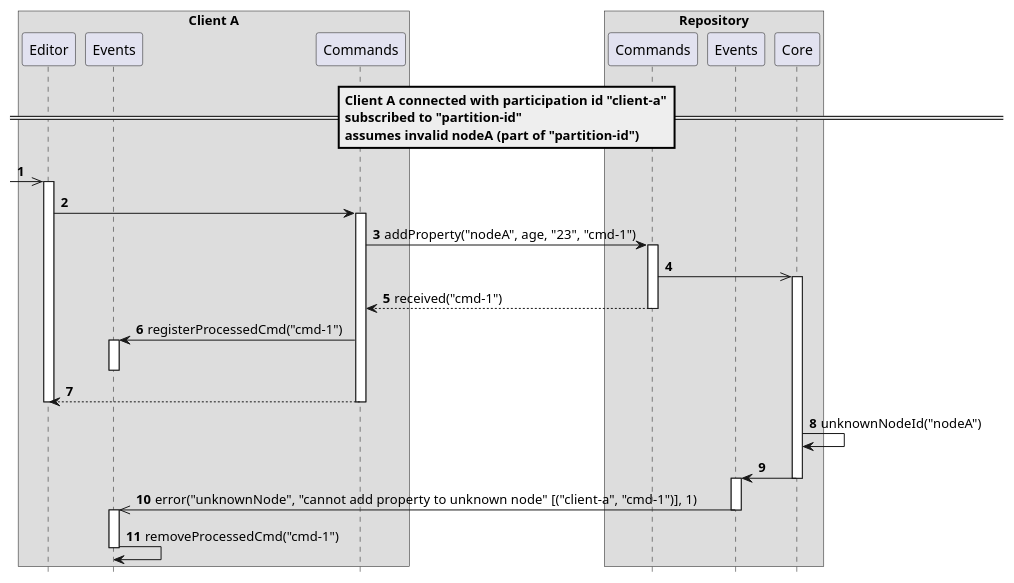
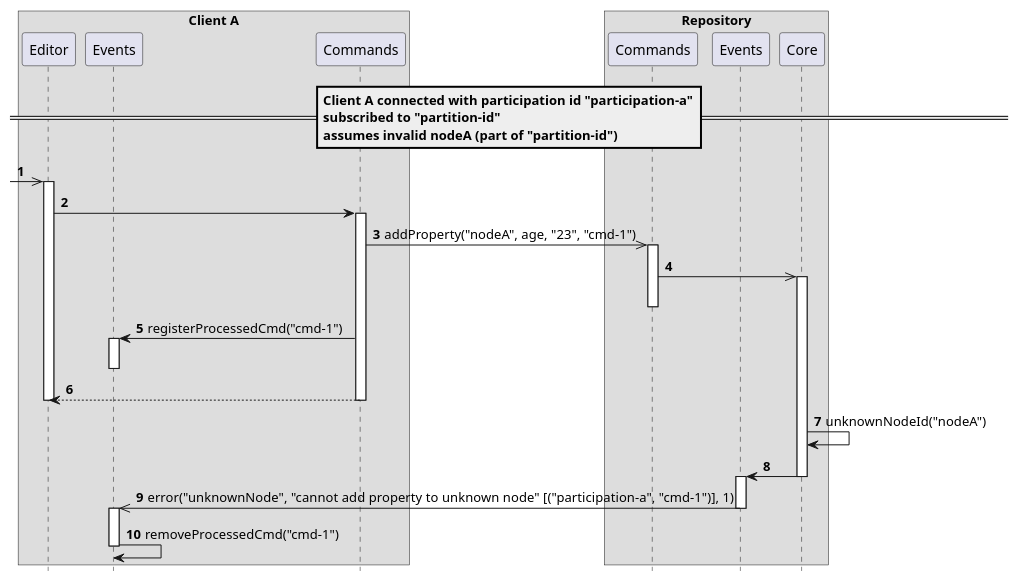
The diagram in delta/scenarios/changeUnknownNodeFailedEvent.adoc (LionWeb-io/specification), drawn with PlantUML before and after one commit. The commit also changed other lines of this file and 9 other files, not shown here.

```diff
--- a/delta/scenarios/changeUnknownNodeFailedEvent.adoc
+++ b/delta/scenarios/changeUnknownNodeFailedEvent.adoc
@@ -2,47 +2,46 @@
 [plantuml,changeUnknownNodeFailedEvent,svg]
 ----
 hide footbox
 autonumber
 
 box "Client A"
   participant Editor as editor
   participant Events as clientEvent
   participant Commands as clientCmd
 end box
 
 box "Repository"
   participant Commands as repoCmd
   participant Events as repoEvent
   participant Core as core
 end box
 
-== Client A connected with participation id "client-a"\nsubscribed to "partition-id"\nassumes invalid nodeA (part of "partition-id") ==
+== Client A connected with participation id "participation-a"\nsubscribed to "partition-id"\nassumes invalid nodeA (part of "partition-id") ==
 
 [->> editor ++
 editor -> clientCmd ++
-clientCmd -> repoCmd ++: addProperty("nodeA", age, "23", "cmd-1")
+clientCmd ->> repoCmd ++: addProperty("nodeA", age, "23", "cmd-1")
 repoCmd ->> core
 activate core
-clientCmd <-- repoCmd: received("cmd-1")
 deactivate repoCmd
 clientCmd -> clientEvent: registerProcessedCmd("cmd-1")
 activate clientEvent
 deactivate clientEvent
 deactivate repoCmd
 editor <-- clientCmd
 deactivate clientCmd
 deactivate editor
 
 core -> core: unknownNodeId("nodeA")
 
 core -> repoEvent
 deactivate core
 
 activate repoEvent
-clientEvent <<- repoEvent: error("unknownNode", "cannot add property to unknown node"  [("client-a", "cmd-1")], 1)
+clientEvent <<- repoEvent: error("unknownNode", "cannot add property to unknown node"  [("participation-a", "cmd-1")], 1)
 deactivate repoEvent
 
 activate clientEvent
 clientEvent -> clientEvent: removeProcessedCmd("cmd-1")
 deactivate clientEvent
 ----
```
